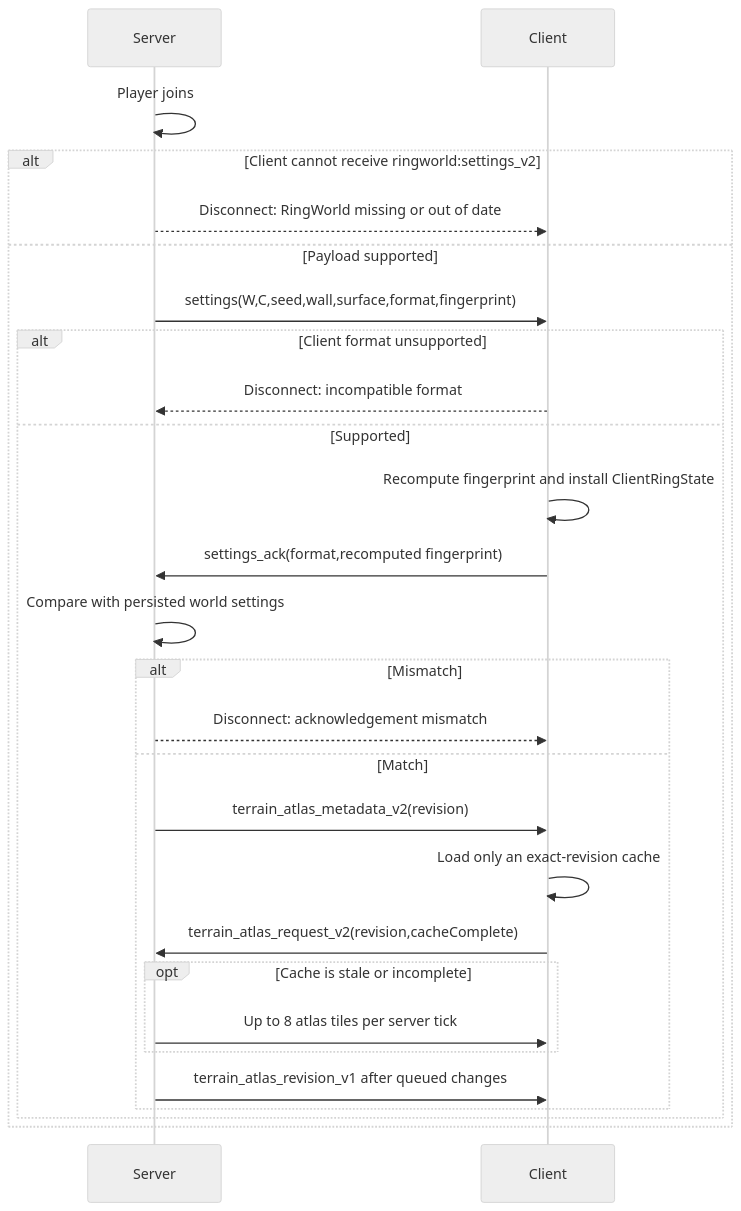
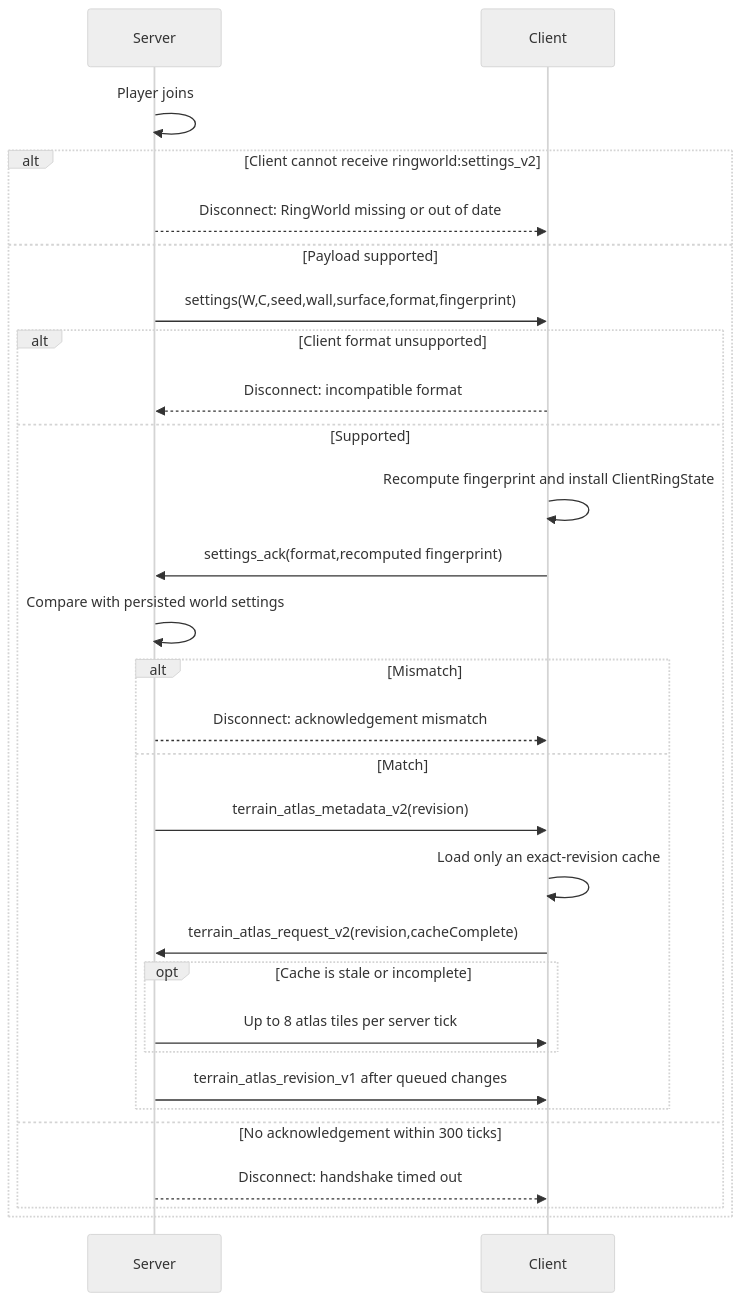
Before and after one commit to Delaser/RingWorld: the diagram in docs/NETWORK_PROTOCOL.md, drawn with Mermaid (neutral theme). The commit also changed other lines of this file and 16 other files, not shown here.

````diff
--- a/docs/NETWORK_PROTOCOL.md
+++ b/docs/NETWORK_PROTOCOL.md
@@ -44,29 +44,31 @@
 ```mermaid
 sequenceDiagram
     participant S as Server
     participant C as Client
     S->>S: Player joins
     alt Client cannot receive ringworld:settings_v2
         S-->>C: Disconnect: RingWorld missing or out of date
     else Payload supported
         S->>C: settings(W,C,seed,wall,surface,format,fingerprint)
         alt Client format unsupported
             C-->>S: Disconnect: incompatible format
         else Supported
             C->>C: Recompute fingerprint and install ClientRingState
             C->>S: settings_ack(format,recomputed fingerprint)
             S->>S: Compare with persisted world settings
             alt Mismatch
                 S-->>C: Disconnect: acknowledgement mismatch
             else Match
                 S->>C: terrain_atlas_metadata_v2(revision)
                 C->>C: Load only an exact-revision cache
                 C->>S: terrain_atlas_request_v2(revision,cacheComplete)
                 opt Cache is stale or incomplete
                     S->>C: Up to 8 atlas tiles per server tick
                 end
                 S->>C: terrain_atlas_revision_v1 after queued changes
             end
+        else No acknowledgement within 300 ticks
+            S-->>C: Disconnect: handshake timed out
         end
     end
 ```
````
